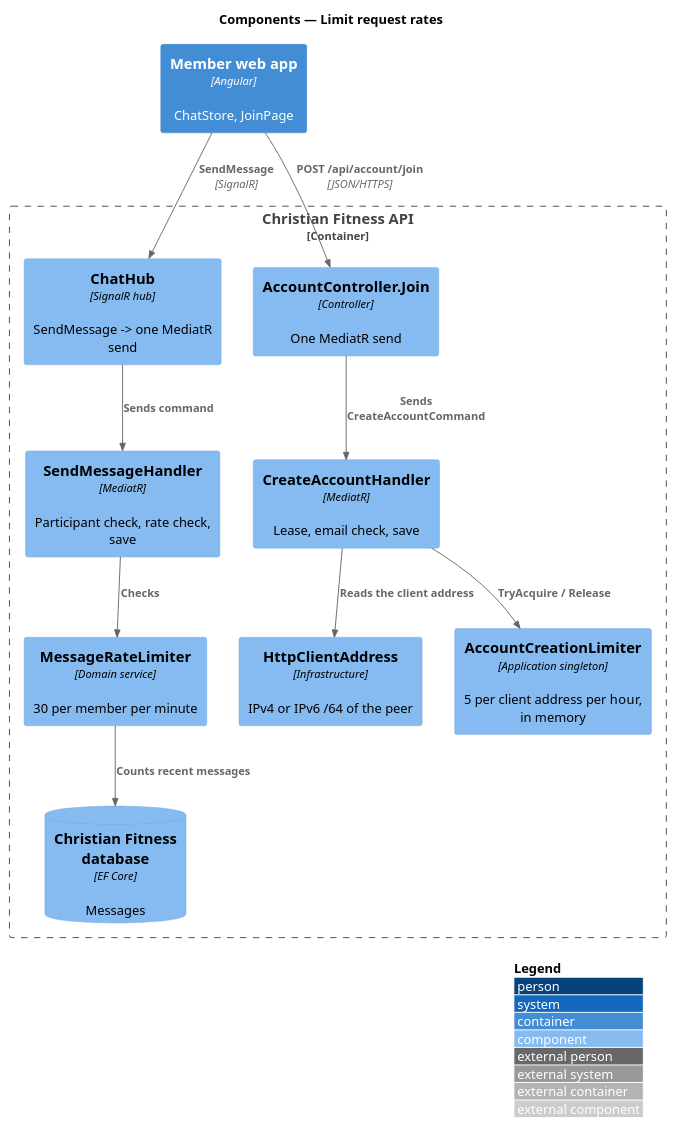
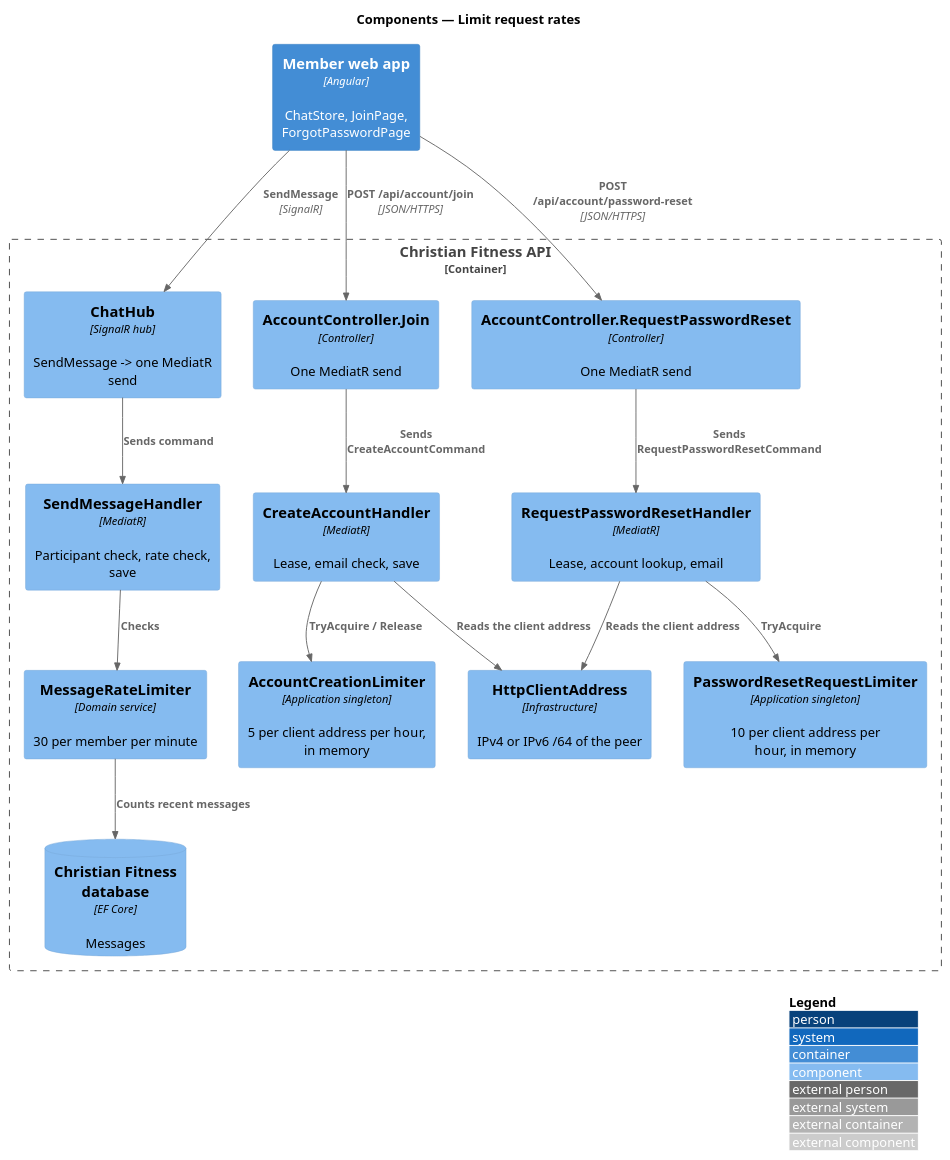
The diagram in docs/detailed-designs/security/limit-request-rates/diagrams/c4-component.puml (QuinntyneBrown/christian-fitness), drawn with PlantUML before and after one commit. The commit also changed 34 other files, not shown here.

First line of the commit message:
Refuse an 11th reset request from one address in an hour

```diff
--- a/docs/detailed-designs/security/limit-request-rates/diagrams/c4-component.puml
+++ b/docs/detailed-designs/security/limit-request-rates/diagrams/c4-component.puml
@@ -1,25 +1,32 @@
 @startuml
 !include <C4/C4_Component>
 LAYOUT_WITH_LEGEND()
 title Components — Limit request rates
 
-Container(web, "Member web app", "Angular", "ChatStore, JoinPage")
+Container(web, "Member web app", "Angular", "ChatStore, JoinPage, ForgotPasswordPage")
 Container_Boundary(api, "Christian Fitness API") {
   Component(hub, "ChatHub", "SignalR hub", "SendMessage -> one MediatR send")
   Component(h, "SendMessageHandler", "MediatR", "Participant check, rate check, save")
   Component(rl, "MessageRateLimiter", "Domain service", "30 per member per minute")
   Component(ctrl, "AccountController.Join", "Controller", "One MediatR send")
   Component(ch, "CreateAccountHandler", "MediatR", "Lease, email check, save")
   Component(al, "AccountCreationLimiter", "Application singleton", "5 per client address per hour, in memory")
+  Component(rctrl, "AccountController.RequestPasswordReset", "Controller", "One MediatR send")
+  Component(rh, "RequestPasswordResetHandler", "MediatR", "Lease, account lookup, email")
+  Component(rl2, "PasswordResetRequestLimiter", "Application singleton", "10 per client address per hour, in memory")
   Component(ca, "HttpClientAddress", "Infrastructure", "IPv4 or IPv6 /64 of the peer")
   ComponentDb(db, "Christian Fitness database", "EF Core", "Messages")
 }
 Rel(web, hub, "SendMessage", "SignalR")
 Rel(hub, h, "Sends command")
 Rel(h, rl, "Checks")
 Rel(rl, db, "Counts recent messages")
 Rel(web, ctrl, "POST /api/account/join", "JSON/HTTPS")
 Rel(ctrl, ch, "Sends CreateAccountCommand")
 Rel(ch, ca, "Reads the client address")
 Rel(ch, al, "TryAcquire / Release")
+Rel(web, rctrl, "POST /api/account/password-reset", "JSON/HTTPS")
+Rel(rctrl, rh, "Sends RequestPasswordResetCommand")
+Rel(rh, ca, "Reads the client address")
+Rel(rh, rl2, "TryAcquire")
 @enduml
```
